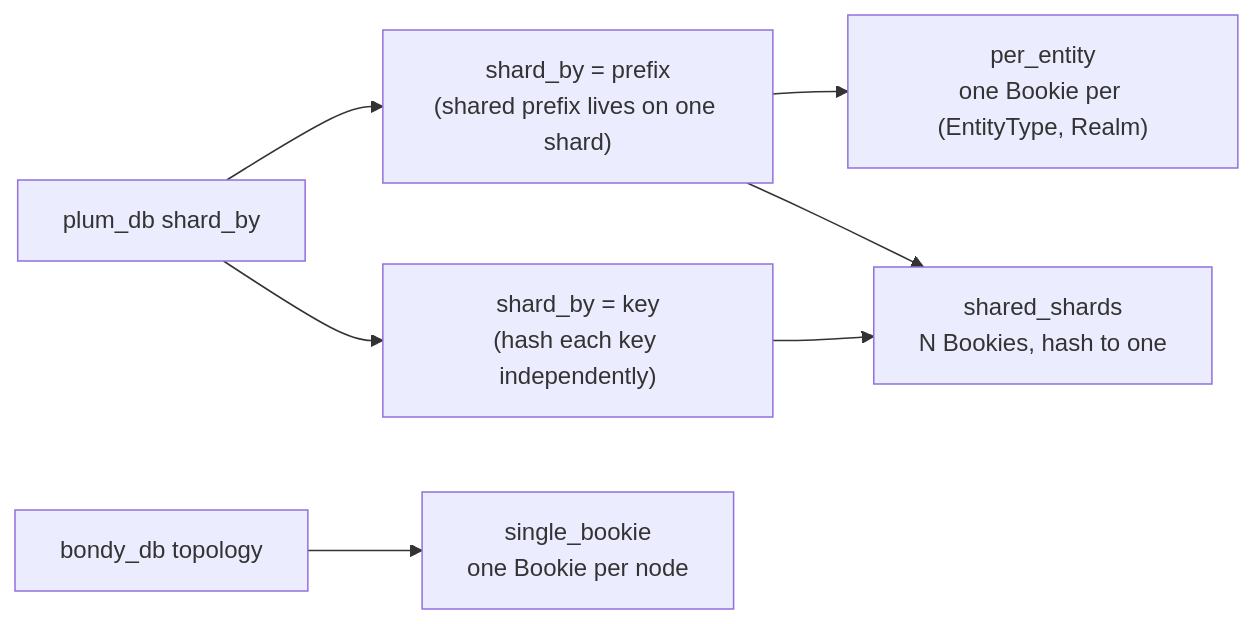
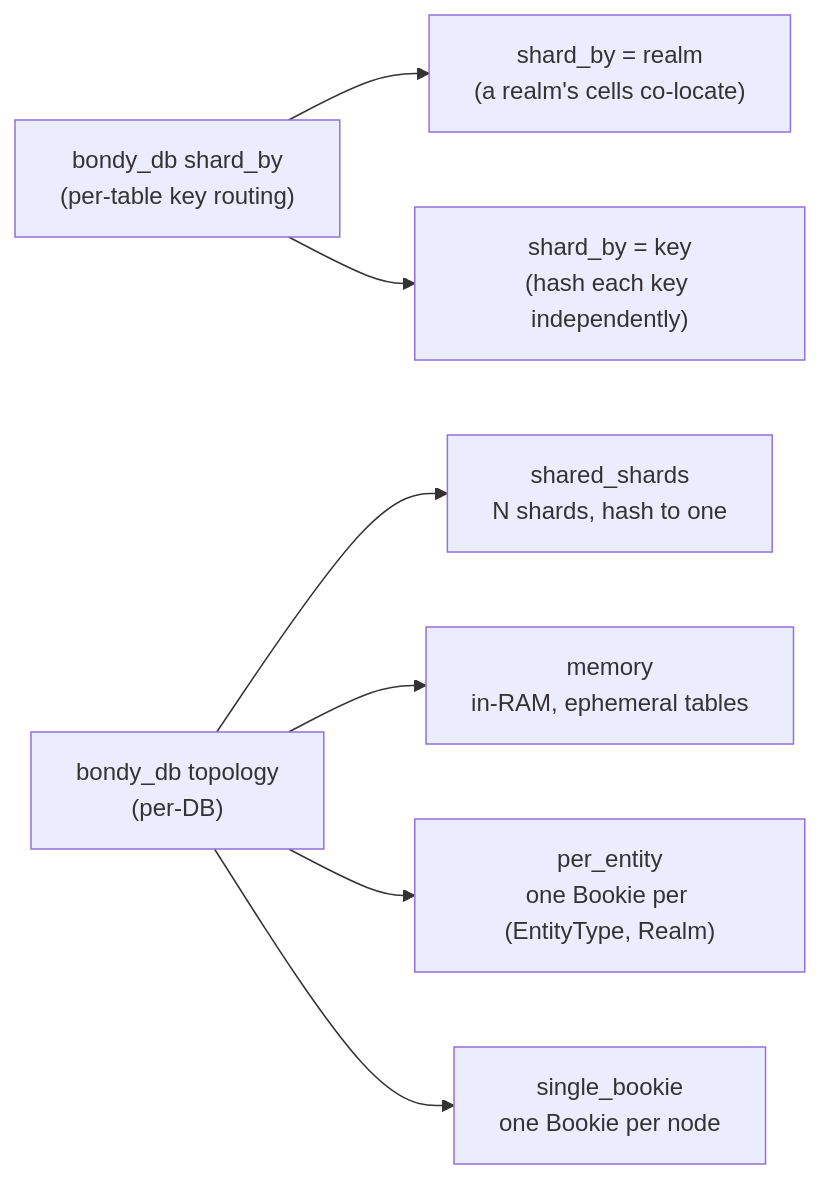
The third of 4 diagrams in apps/bondy_db/doc_extras/architecture/07_app_developers_tour.md (fer-c/bondy), drawn with Mermaid before and after one commit. The commit also changed other lines of this file and 120 other files, not shown here.

Commit message:
vendored bondy_mst and re-structure topology to have 1 stack (WAL, MST, OPLOG, Leveled) per shard

````diff
--- a/apps/bondy_db/doc_extras/architecture/07_app_developers_tour.md
+++ b/apps/bondy_db/doc_extras/architecture/07_app_developers_tour.md
@@ -144,18 +146,19 @@
 ```mermaid
 flowchart LR
-    SHBY["plum_db shard_by"]
-    PFX["shard_by = prefix<br/>(shared prefix lives on one shard)"]
+    SHBY["bondy_db shard_by<br/>(per-table key routing)"]
+    REALM["shard_by = realm<br/>(a realm's cells co-locate)"]
     KEY["shard_by = key<br/>(hash each key independently)"]
 
-    TOPO["bondy_db topology"]
+    TOPO["bondy_db topology<br/>(per-DB)"]
+    SHARED["shared_shards<br/>N shards, hash to one"]
+    MEM["memory<br/>in-RAM, ephemeral tables"]
     PERE["per_entity<br/>one Bookie per (EntityType, Realm)"]
-    SHARED["shared_shards<br/>N Bookies, hash to one"]
     SINGLE["single_bookie<br/>one Bookie per node"]
 
-    SHBY --> PFX
+    SHBY --> REALM
     SHBY --> KEY
-    PFX --> PERE
-    PFX --> SHARED
-    KEY --> SHARED
+    TOPO --> SHARED
+    TOPO --> MEM
+    TOPO --> PERE
     TOPO --> SINGLE
 ```
````
